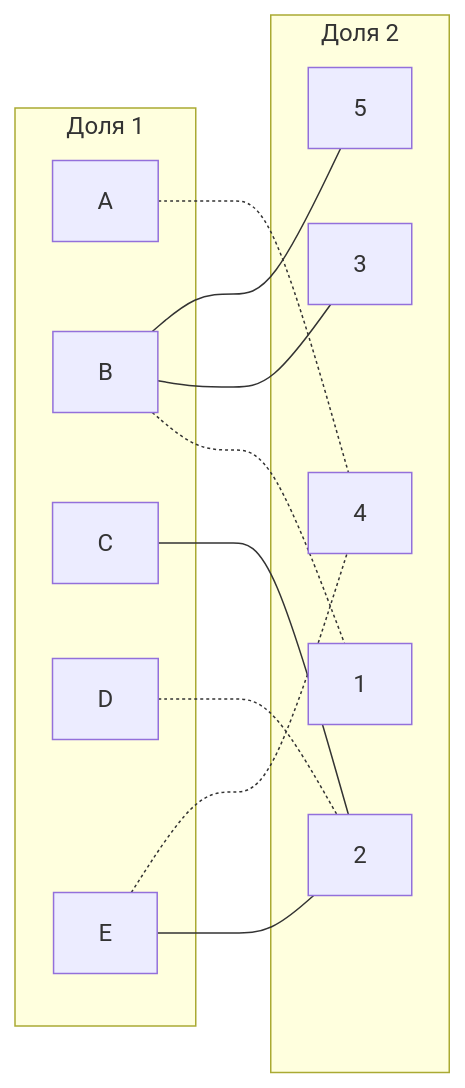
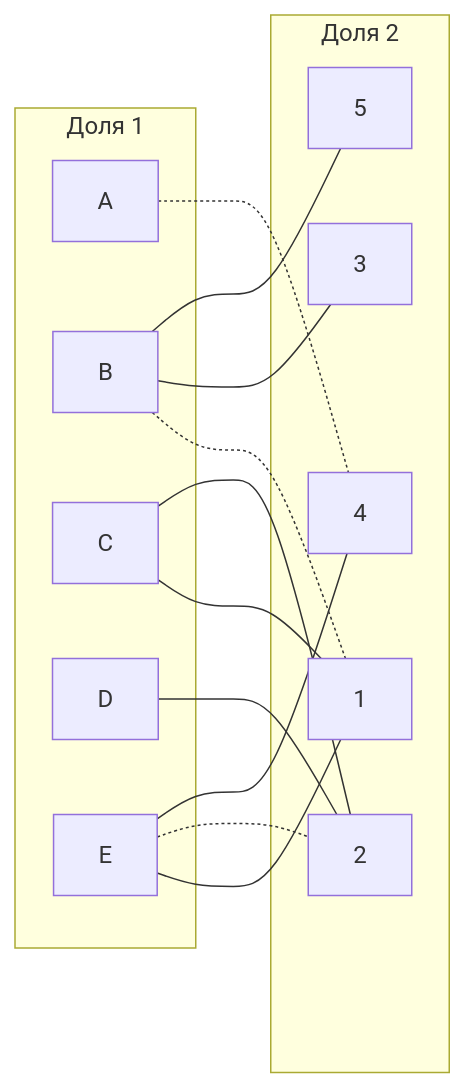
One commit to hse-algo-24-raven/manual-tasks-raven changed the sixth of 10 diagrams in task-8/kotyata.md. Above: the diagram before and after it, drawn with Mermaid. The commit also changed other lines of this file, not shown here.

````diff
--- a/task-8/kotyata.md
+++ b/task-8/kotyata.md
@@ -174,25 +192,27 @@
 ```mermaid
 graph LR
     subgraph "Доля 1"
         A[A]
         B[B]
         C[C]
         D[D]
         E[E]
     end
     subgraph "Доля 2"
         1[1]
         2[2]
         3[3]
         4[4]
         5[5]
     end
     A -.- 4
     B -.- 1
     B --- 3
     B --- 5
+    C --- 1
     C --- 2
-    D -.- 2
-    E --- 2
-    E -.- 4
+    D --- 2
+    E --- 1
+    E -.- 2
+    E --- 4
 ```
````
